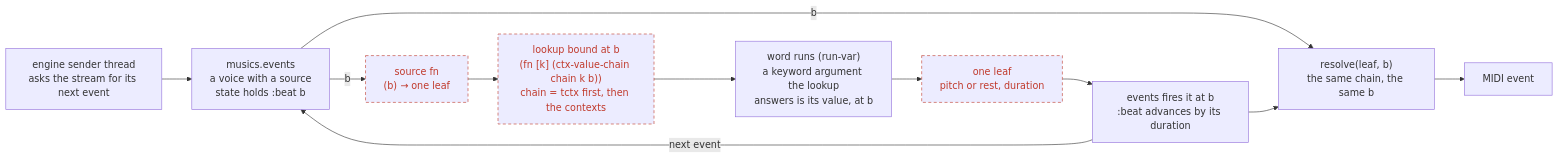
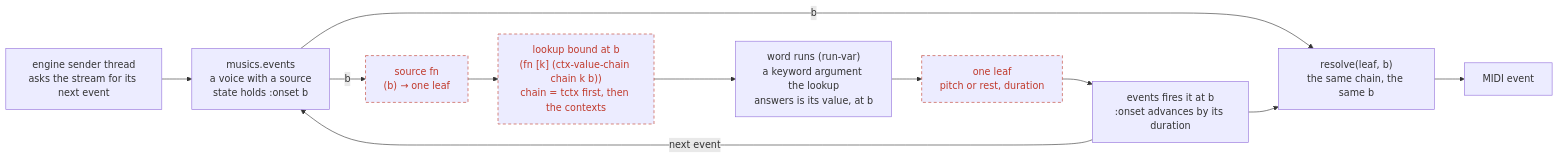
One commit to gebdevalk/musics changed the second of 3 diagrams in doc/md/pull-voice.md. Above: the diagram before and after it, drawn with Mermaid. The commit also changed other lines of this file and 29 other files, not shown here.

Commit message:
beat is onset: the position a voice that is a function of onset is asked at ($onset, :onset in events, voices and the lookup); beat stays for the meter's beats

````diff
--- a/doc/md/pull-voice.md
+++ b/doc/md/pull-voice.md
@@ -36,21 +36,21 @@
 ```mermaid
 flowchart LR
   engine["engine sender thread<br/>asks the stream for its next event"]
-  events["musics.events<br/>a voice with a source<br/>state holds :beat b"]
+  events["musics.events<br/>a voice with a source<br/>state holds :onset b"]
   source["source fn<br/>(b) → one leaf"]
   lookup["lookup bound at b<br/>(fn [k] (ctx-value-chain chain k b))<br/>chain = tctx first, then the contexts"]
   word["word runs (run-var)<br/>a keyword argument the lookup<br/>answers is its value, at b"]
   leaf["one leaf<br/>pitch or rest, duration"]
-  fire["events fires it at b<br/>:beat advances by its duration"]
+  fire["events fires it at b<br/>:onset advances by its duration"]
   resolve["resolve(leaf, b)<br/>the same chain, the same b"]
   midi["MIDI event"]
 
   engine --> events
   events -- "b" --> source --> lookup --> word --> leaf --> fire
   fire -- "next event" --> events
   events -- "b" --> resolve
   fire --> resolve --> midi
 
   classDef planned stroke-dasharray: 5 4,stroke:#c0392b,color:#c0392b
   class source,lookup,leaf planned
 ```
````
